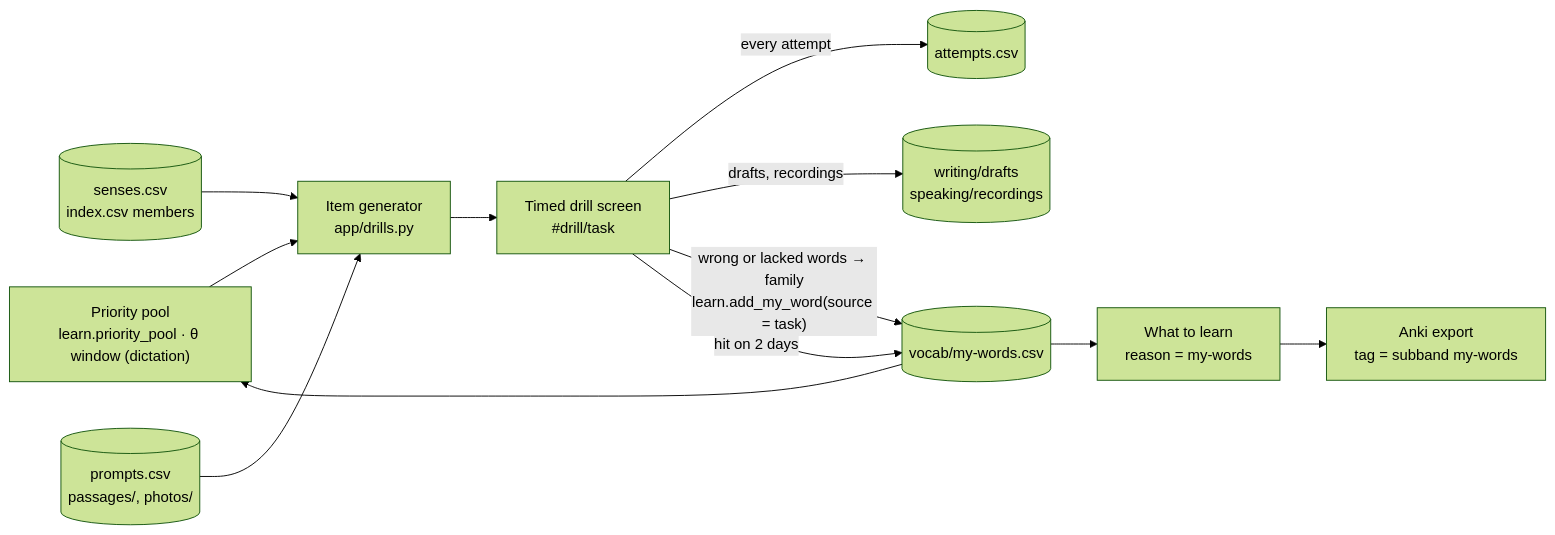
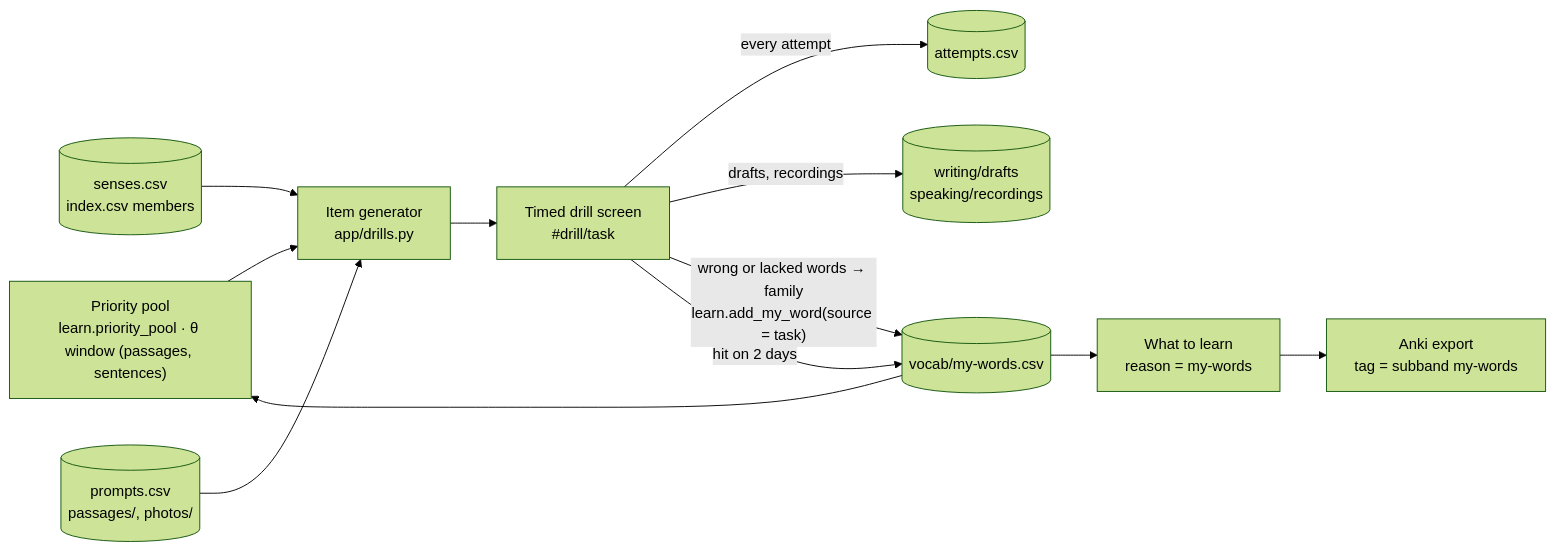
Before and after one commit to nhanpc/DET: the first of 4 diagrams in practice/README.md, drawn with Mermaid (forest theme). The commit also changed other lines of this file and 454 other files, not shown here.

````diff
--- a/practice/README.md
+++ b/practice/README.md
@@ -37,13 +38,13 @@
 ```mermaid
 flowchart LR
-    F["Priority pool<br/>learn.priority_pool · θ window (dictation)"] --> G[Item generator<br/>app/drills.py]
+    F["Priority pool<br/>learn.priority_pool · θ window (passages, sentences)"] --> G[Item generator<br/>app/drills.py]
     S[(senses.csv<br/>index.csv members)] --> G
     P[(prompts.csv<br/>passages/, photos/)] --> G
     G --> D[Timed drill screen<br/>#drill/task]
     D -->|"every attempt"| A[(attempts.csv)]
     D -->|"drafts, recordings"| K[(writing/drafts<br/>speaking/recordings)]
     D -->|"wrong or lacked words → family<br/>learn.add_my_word(source = task)"| M[(vocab/my-words.csv)]
     M --> L[What to learn<br/>reason = my-words] --> X[Anki export<br/>tag = subband my-words]
     M --> F
     D -->|"hit on 2 days"| M
 ```
````
